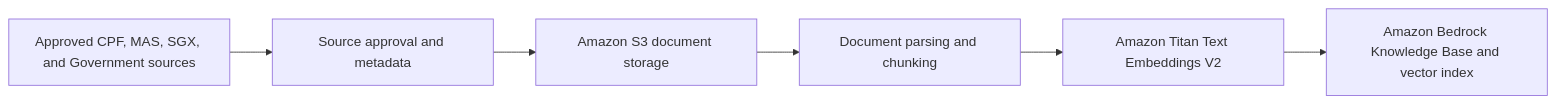
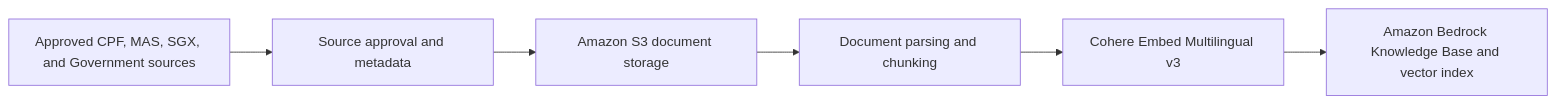
The second of 2 diagrams in docs/rag_arch.md (Seanleng99/nus-iss-ais-team9), drawn with Mermaid before and after one commit. The commit also changed other lines of this file and 39 other files, not shown here.

````diff
--- a/docs/rag_arch.md
+++ b/docs/rag_arch.md
@@ -37,8 +37,8 @@
 ```mermaid
 flowchart LR
   Sources["Approved CPF, MAS, SGX, and Government sources"] --> Review["Source approval and metadata"]
   Review --> S3["Amazon S3 document storage"]
   S3 --> Parse["Document parsing and chunking"]
-  Parse --> Embed["Amazon Titan Text Embeddings V2"]
+  Parse --> Embed["Cohere Embed Multilingual v3"]
   Embed --> KB["Amazon Bedrock Knowledge Base and vector index"]
 ```
````
